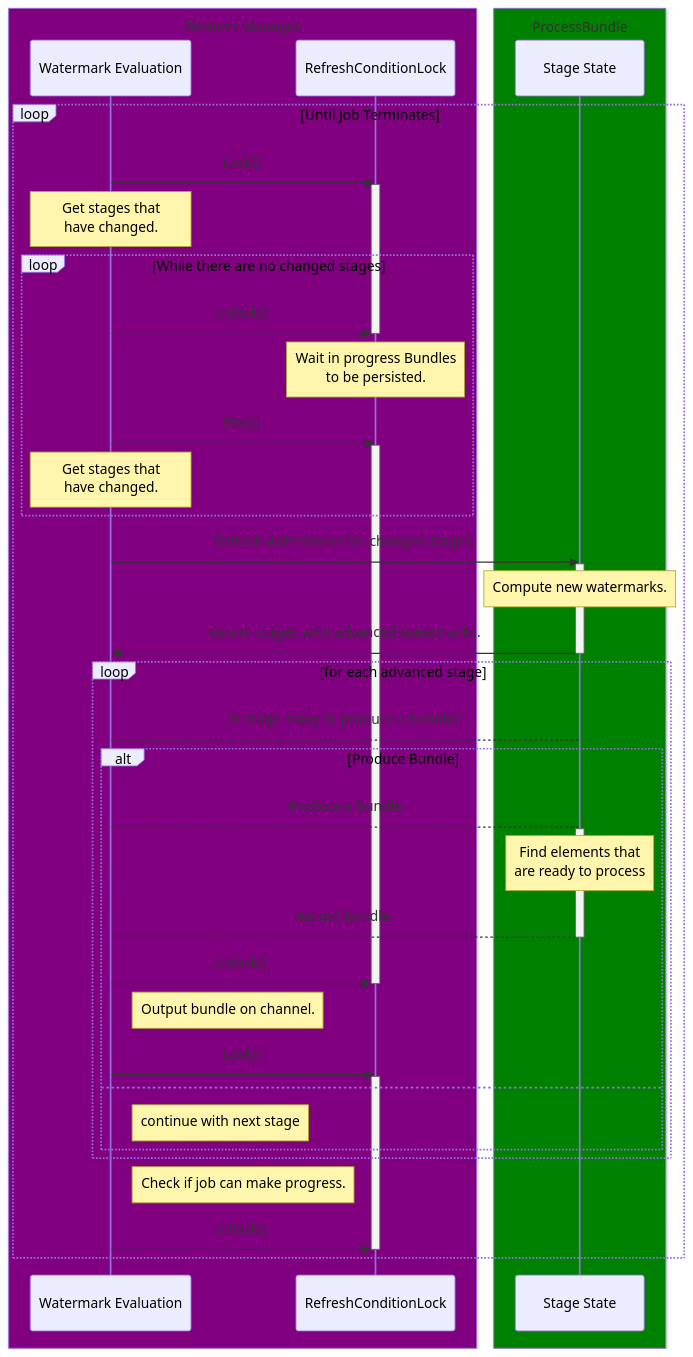
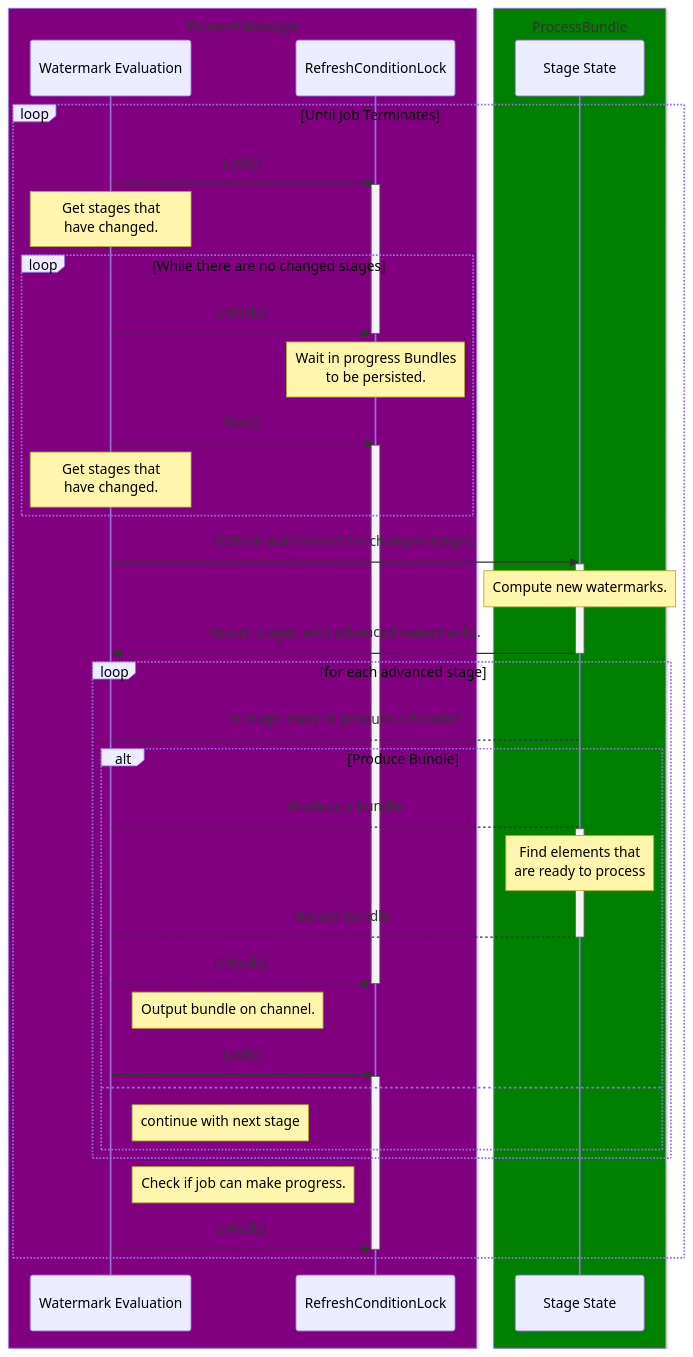
Before and after one commit to apache/beam: the third of 3 diagrams in sdks/go/pkg/beam/runners/prism/internal/README.md, drawn with Mermaid. The commit also changed other lines of this file, not shown here.

````diff
--- a/sdks/go/pkg/beam/runners/prism/internal/README.md
+++ b/sdks/go/pkg/beam/runners/prism/internal/README.md
@@ -275,56 +275,56 @@
 ```mermaid
 sequenceDiagram
 loop Until Job Terminates
-    box Purple Element Manager
+    box Purple ElementManager
         participant WE as Watermark Evaluation
         participant RCL as RefreshConditionLock
     end
     box Green ProcessBundle
         participant SS as Stage State
     end
 
     WE->>RCL: Lock()
     activate RCL
     Note over WE: Get stages that<br/>have changed.
 
     loop While there are no changed stages
         WE->>RCL: Unlock()
         deactivate RCL
 
 
         Note over RCL: Wait in progress Bundles<br/>to be persisted.
         WE->>RCL: Wait()
         activate RCL
         Note over WE: Get stages that<br/>have changed.
     end
 
     WE->>SS: Refresh watermarks for changed stages.
     activate SS
 
     Note over SS: Compute new watermarks.
     SS->>WE: Return stages with advanced watermarks.
     deactivate SS
 
     loop for each advanced stage
         WE-->SS: Is stage ready to produce a bundle?
         alt Produce Bundle
             WE-->SS: Produce a bundle
             activate SS
             Note over SS: Find elements that<br/> are ready to process
             SS-->WE: Return bundle
             deactivate SS
             WE->>RCL: Unlock()
             deactivate RCL
             Note right of WE: Output bundle on channel.
             WE->>RCL: Lock()
             activate RCL
         else
         Note right of WE: continue with next stage
         end
     end
     Note right of WE: Check if job can make progress.
     WE->>RCL: Unlock()
     deactivate RCL
 end
 
 ```
````
